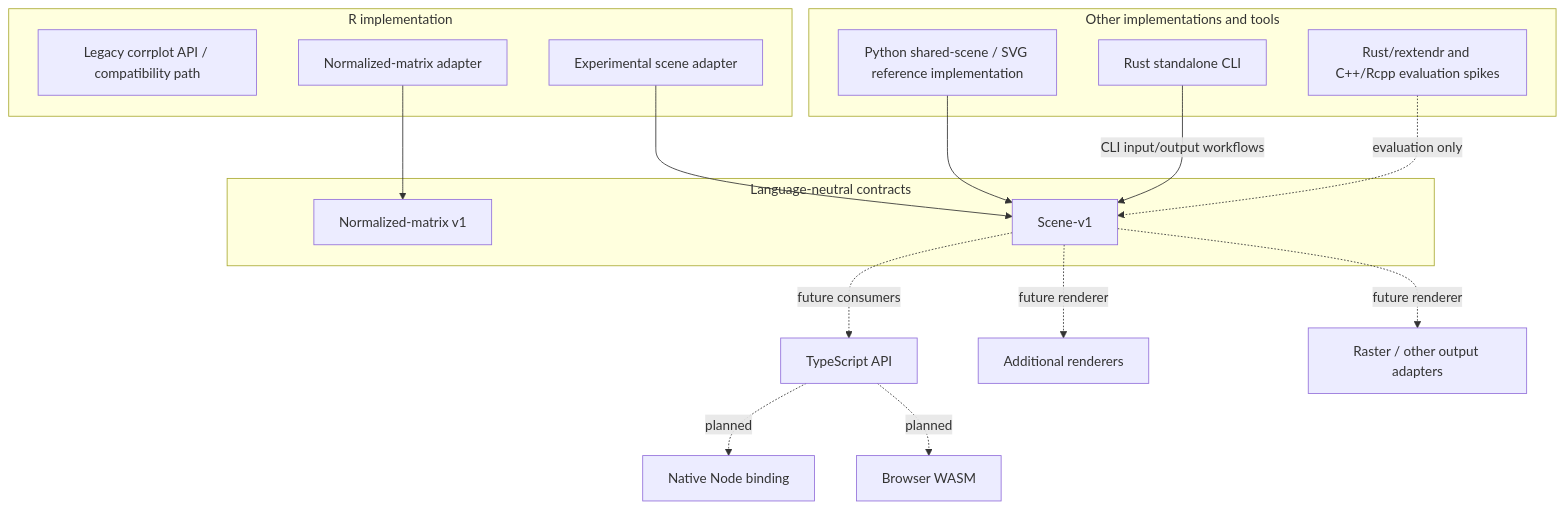
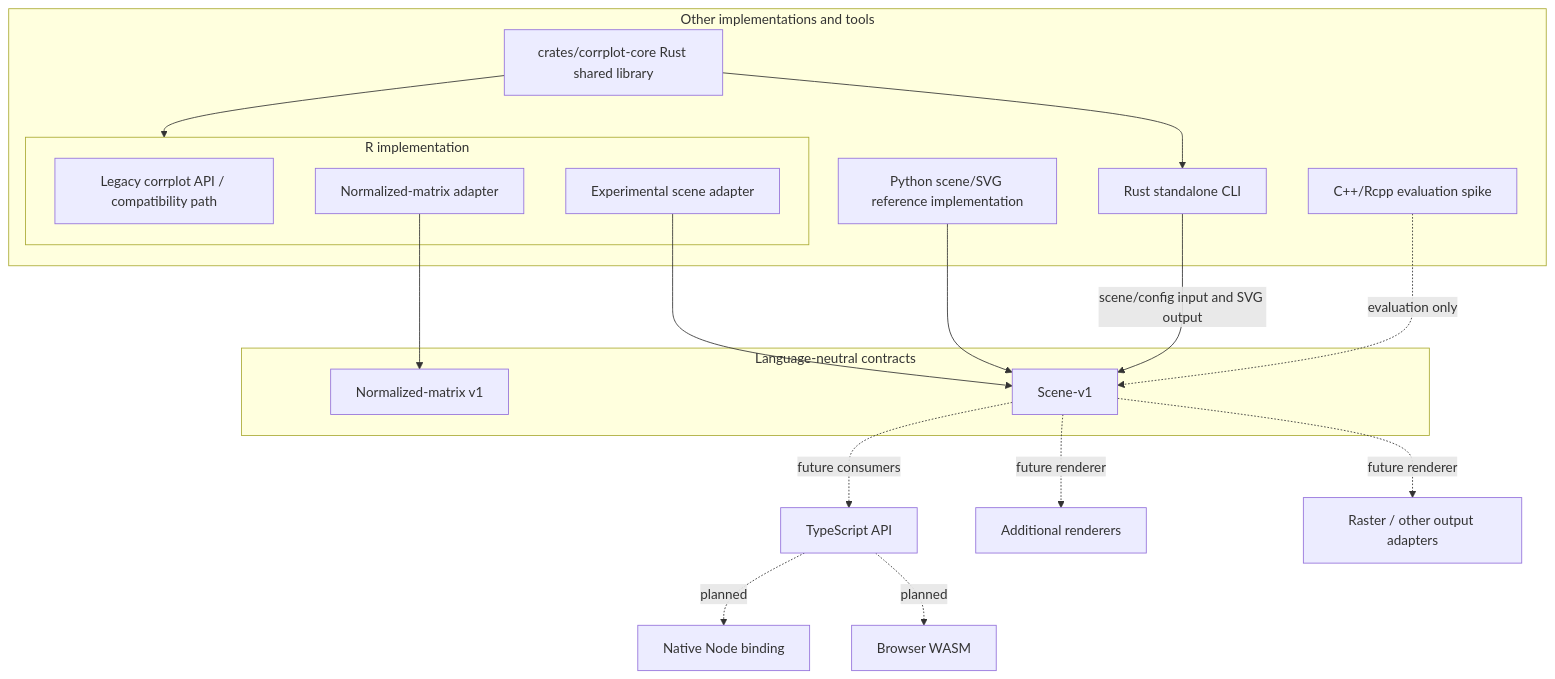
The diagram in docs/architecture.md (vsimko/corrplot-ng), drawn with Mermaid before and after one commit. The commit also changed other lines of this file, not shown here.

Commit message:
docs: align architecture with Rust shared core

````diff
--- a/docs/architecture.md
+++ b/docs/architecture.md
@@ -24,31 +24,35 @@
 ```mermaid
 flowchart TB
     subgraph Contracts[Language-neutral contracts]
       NM[Normalized-matrix v1]
       SC[Scene-v1]
     end
 
     subgraph R[R implementation]
       RLEG[Legacy corrplot API / compatibility path]
       RNORM[Normalized-matrix adapter]
       RSCENE[Experimental scene adapter]
     end
 
     subgraph Other[Other implementations and tools]
-      PY[Python shared-scene / SVG reference implementation]
+      CORE[crates/corrplot-core Rust shared library]
       CLI[Rust standalone CLI]
-      SPIKES[Rust/rextendr and C++/Rcpp evaluation spikes]
+      R[Rust/rextendr evaluation adapter]
+      PY[Python scene/SVG reference implementation]
+      SPIKES[C++/Rcpp evaluation spike]
     end
 
     RNORM --> NM
     RSCENE --> SC
+    CORE --> CLI
+    CORE --> R
     PY --> SC
-    CLI -->|CLI input/output workflows| SC
+    CLI -->|scene/config input and SVG output| SC
     SPIKES -. evaluation only .-> SC
 
     SC -. future consumers .-> TS[TypeScript API]
     TS -. planned .-> NODE[Native Node binding]
     TS -. planned .-> WASM[Browser WASM]
     SC -. future renderer .-> SVG[Additional renderers]
     SC -. future renderer .-> RENDER[Raster / other output adapters]
 ```
````
